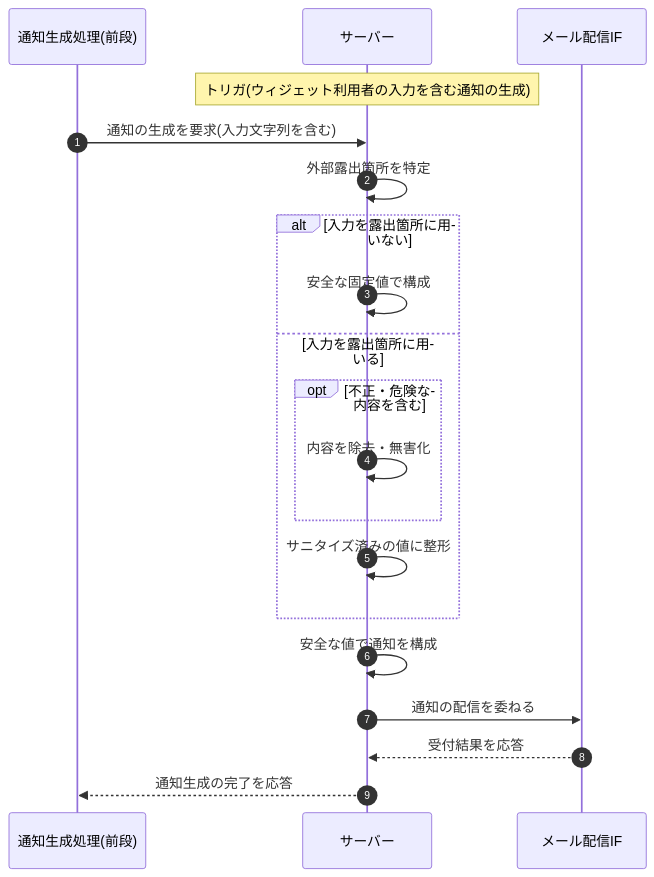
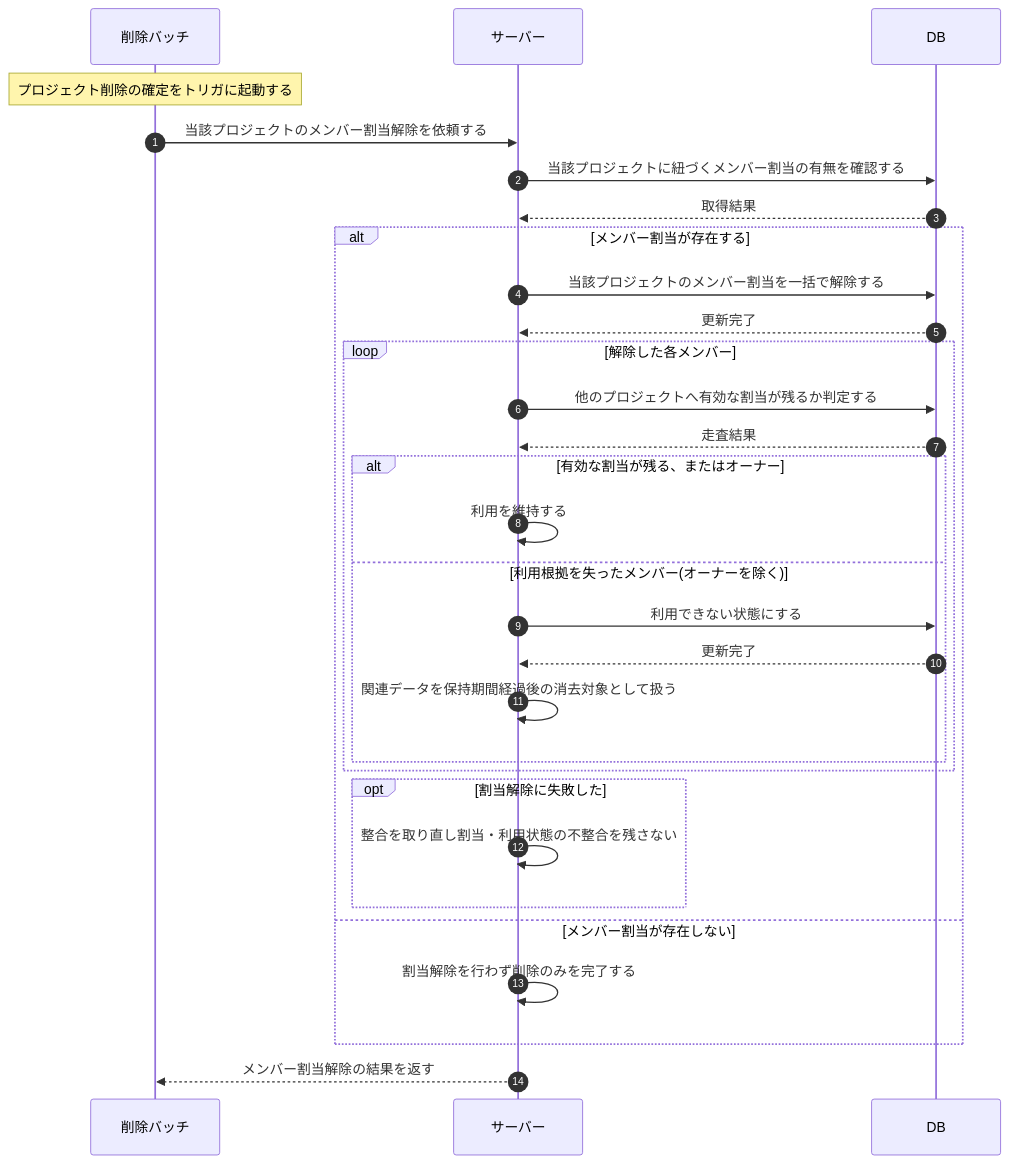
The diagram in 02_basic_design/03_sequences/SEQ-114.md (sikakou54/open-faq), drawn with Mermaid before and after one commit. The commit also changed other lines of this file and 99 other files, not shown here.

````diff
--- a/02_basic_design/03_sequences/SEQ-114.md
+++ b/02_basic_design/03_sequences/SEQ-114.md
@@ -25,22 +25,32 @@
 ```mermaid
 sequenceDiagram
   autonumber
-  participant T as 通知生成処理(前段)
+  participant B as 削除バッチ
   participant Server as サーバー
-  participant API as メール配信IF
-  Note over Server: トリガ(ウィジェット利用者の入力を含む通知の生成)
-  T->>Server: 通知の生成を要求(入力文字列を含む)
-  Server->>Server: 外部露出箇所を特定
-  alt 入力を露出箇所に用いない
-    Server->>Server: 安全な固定値で構成
-  else 入力を露出箇所に用いる
-    opt 不正・危険な内容を含む
-      Server->>Server: 内容を除去・無害化
+  participant DB as DB
+  Note over B: プロジェクト削除の確定をトリガに起動する
+  B->>Server: 当該プロジェクトのメンバー割当解除を依頼する
+  Server->>DB: 当該プロジェクトに紐づくメンバー割当の有無を確認する
+  DB-->>Server: 取得結果
+  alt メンバー割当が存在する
+    Server->>DB: 当該プロジェクトのメンバー割当を一括で解除する
+    DB-->>Server: 更新完了
+    loop 解除した各メンバー
+      Server->>DB: 他のプロジェクトへ有効な割当が残るか判定する
+      DB-->>Server: 走査結果
+      alt 有効な割当が残る、またはオーナー
+        Server->>Server: 利用を維持する
+      else 利用根拠を失ったメンバー(オーナーを除く)
+        Server->>DB: 利用できない状態にする
+        DB-->>Server: 更新完了
+        Server->>Server: 関連データを保持期間経過後の消去対象として扱う
+      end
     end
-    Server->>Server: サニタイズ済みの値に整形
+    opt 割当解除に失敗した
+      Server->>Server: 整合を取り直し割当・利用状態の不整合を残さない
+    end
+  else メンバー割当が存在しない
+    Server->>Server: 割当解除を行わず削除のみを完了する
   end
-  Server->>Server: 安全な値で通知を構成
-  Server->>API: 通知の配信を委ねる
-  API-->>Server: 受付結果を応答
-  Server-->>T: 通知生成の完了を応答
+  Server-->>B: メンバー割当解除の結果を返す
 ```
````
